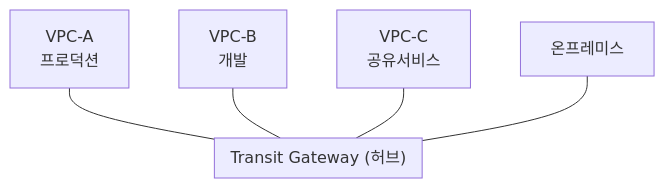
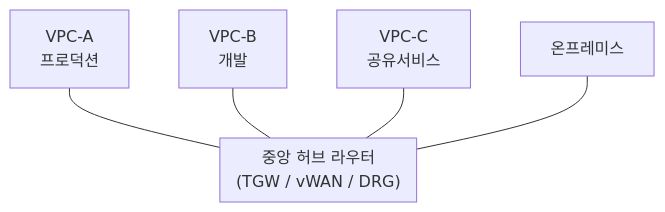
Before and after one commit to cloudpickr/cloudpick-docs: the diagram in networking/vpc-subnet.md, drawn with Mermaid. The commit also changed other lines of this file, not shown here.

````diff
--- a/networking/vpc-subnet.md
+++ b/networking/vpc-subnet.md
@@ -173,9 +180,9 @@
 ```mermaid
 flowchart TD
-    subgraph hub["Transit Gateway (허브)"]
+    subgraph hub["중앙 허브 라우터<br/>(TGW / vWAN / DRG)"]
     end
     VPC_A[VPC-A<br/>프로덕션] --- hub
     VPC_B[VPC-B<br/>개발] --- hub
     VPC_C[VPC-C<br/>공유서비스] --- hub
     OnPrem[온프레미스] --- hub
 ```
````
